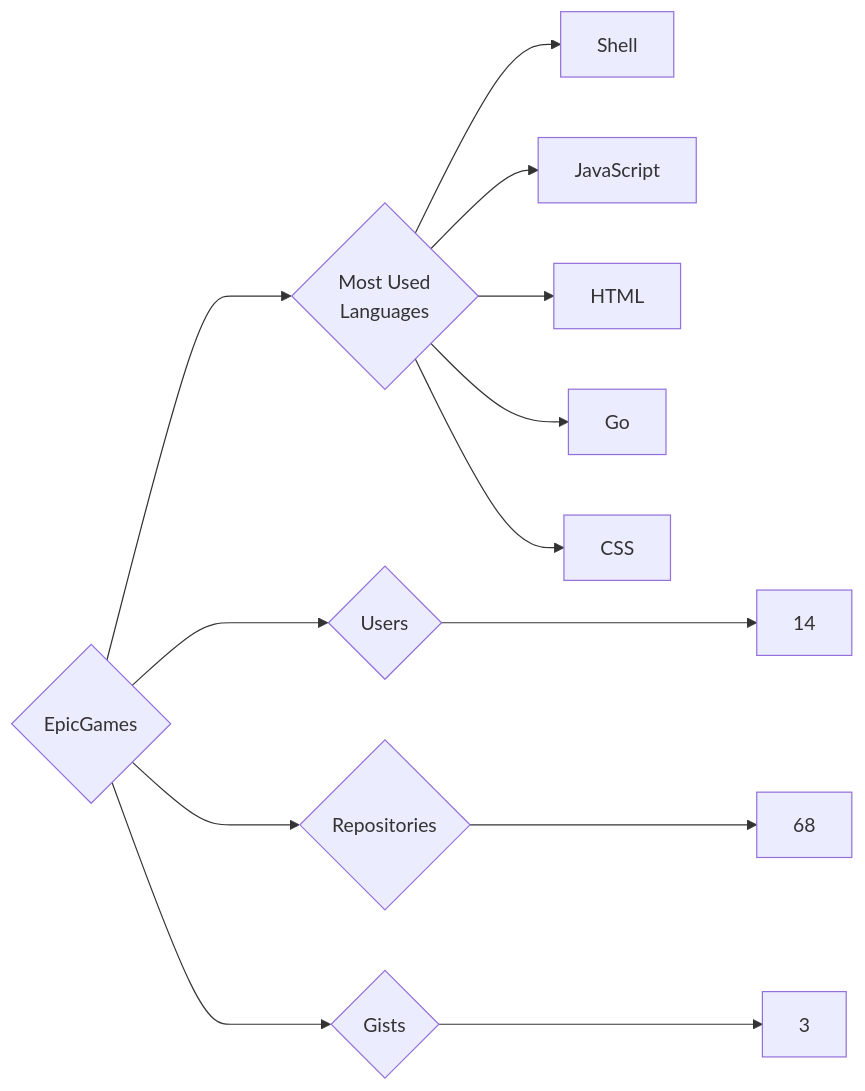
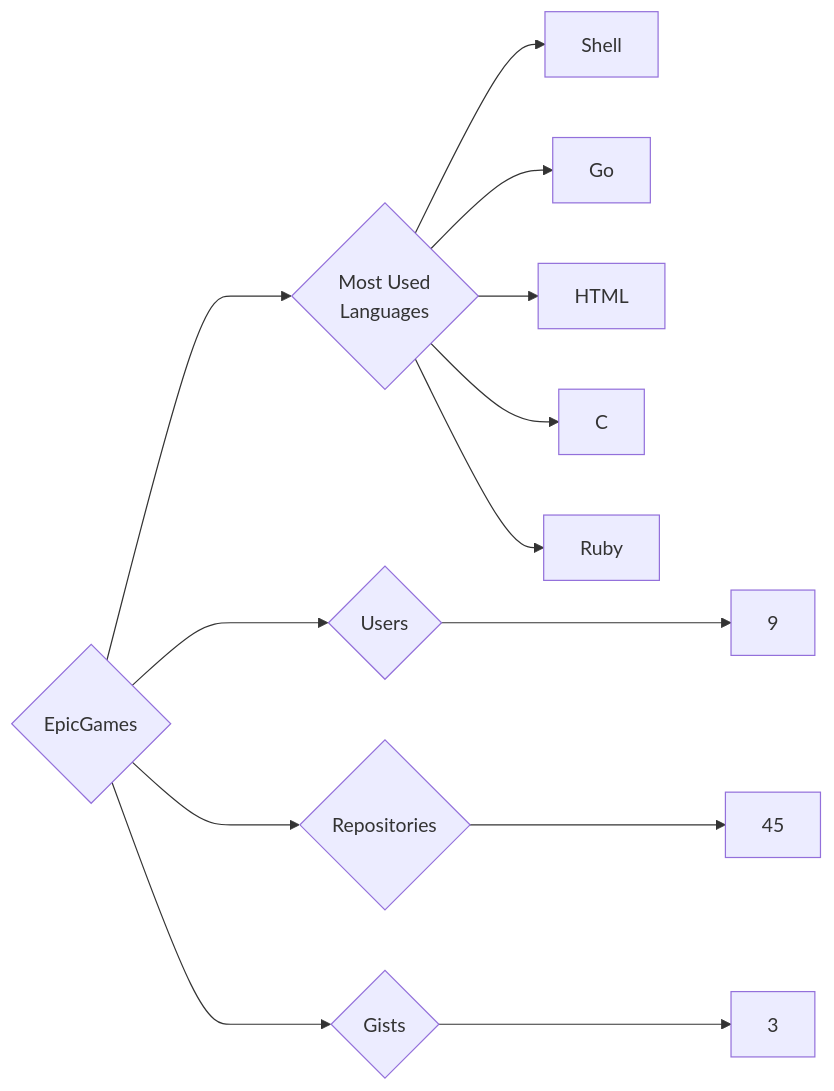
One commit to trickest/insiders changed the diagram in targets/EpicGames/README.md. Above: the diagram before and after it, drawn with Mermaid. The commit also changed 865 other files, not shown here.

````diff
--- a/targets/EpicGames/README.md
+++ b/targets/EpicGames/README.md
@@ -3,13 +3,13 @@
 ```mermaid
 graph LR
 COMPANY_NAME{EpicGames}
-COMPANY_NAME ---> U{Users} ---> UN[14]
-COMPANY_NAME ---> R{Repositories} ---> RN[68]
+COMPANY_NAME ---> U{Users} ---> UN[9]
+COMPANY_NAME ---> R{Repositories} ---> RN[45]
 COMPANY_NAME ---> G{Gists} ---> GN[3]
 COMPANY_NAME ---> ML{Most Used<br>Languages}
 ML --> Shell[Shell]
-ML --> JavaScript[JavaScript]
+ML --> Go[Go]
 ML --> HTML[HTML]
-ML --> Go[Go]
-ML --> CSS[CSS]
+ML --> C[C]
+ML --> Ruby[Ruby]
 ```
````
